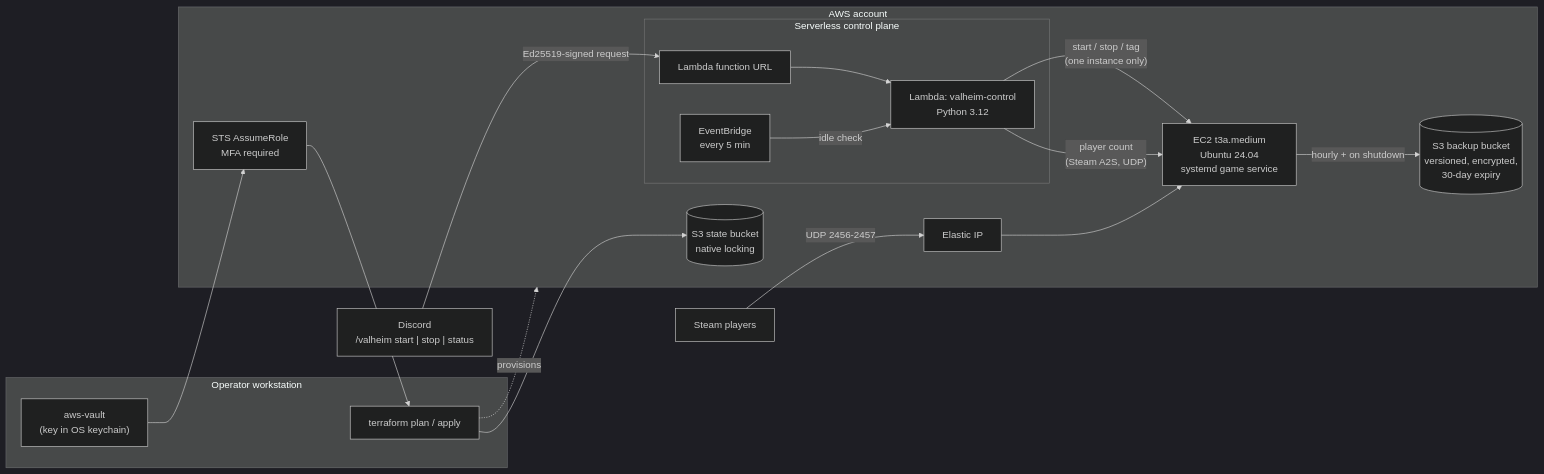
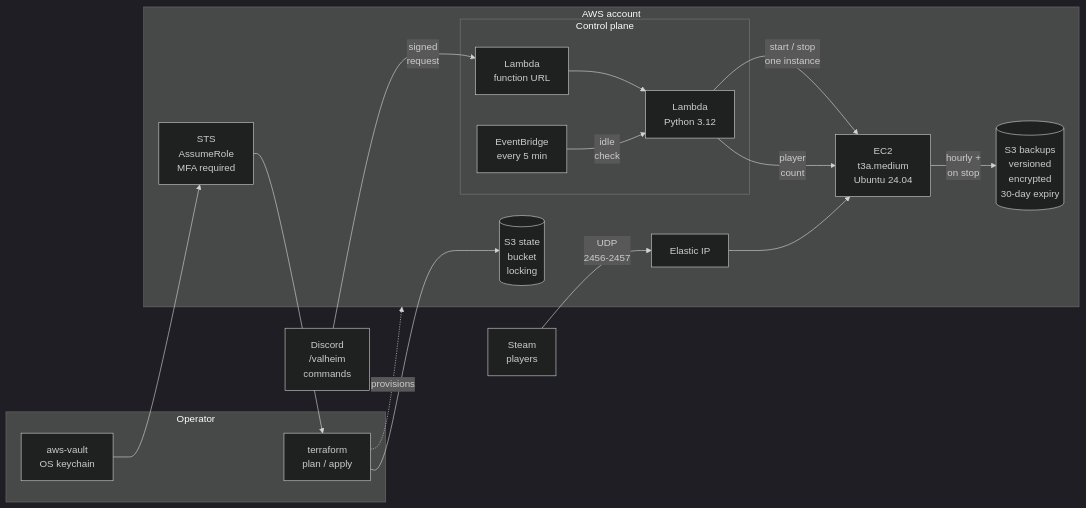
Before and after one commit to dev-seth55/valheim-terraform: the diagram in README.md, drawn with Mermaid (dark theme).

Commit message:
Shorten diagram labels so GitHub renders them fully

````diff
--- a/README.md
+++ b/README.md
@@ -9,33 +9,33 @@
 ```mermaid
 flowchart LR
-    subgraph Operator["Operator workstation"]
-        AV["aws-vault<br/>(key in OS keychain)"]
-        TF["terraform plan / apply"]
+    subgraph Operator["Operator"]
+        AV["aws-vault<br/>OS keychain"]
+        TF["terraform<br/>plan / apply"]
     end
 
     subgraph AWS["AWS account"]
-        STS["STS AssumeRole<br/>MFA required"]
-        STATE[("S3 state bucket<br/>native locking")]
-        subgraph Control["Serverless control plane"]
-            URL["Lambda function URL"]
-            LAMBDA["Lambda: valheim-control<br/>Python 3.12"]
+        STS["STS<br/>AssumeRole<br/>MFA required"]
+        STATE[("S3 state<br/>bucket<br/>locking")]
+        subgraph Control["Control plane"]
+            URL["Lambda<br/>function URL"]
+            LAMBDA["Lambda<br/>Python 3.12"]
             EB["EventBridge<br/>every 5 min"]
         end
-        EC2["EC2 t3a.medium<br/>Ubuntu 24.04<br/>systemd game service"]
+        EC2["EC2<br/>t3a.medium<br/>Ubuntu 24.04"]
         EIP["Elastic IP"]
-        BACKUP[("S3 backup bucket<br/>versioned, encrypted,<br/>30-day expiry")]
+        BACKUP[("S3 backups<br/>versioned<br/>encrypted<br/>30-day expiry")]
     end
 
-    DISCORD["Discord<br/>/valheim start | stop | status"]
-    PLAYERS["Steam players"]
+    DISCORD["Discord<br/>/valheim<br/>commands"]
+    PLAYERS["Steam<br/>players"]
 
     AV --> STS --> TF
     TF --> STATE
     TF -. provisions .-> AWS
-    DISCORD -- "Ed25519-signed request" --> URL --> LAMBDA
-    EB -- "idle check" --> LAMBDA
-    LAMBDA -- "start / stop / tag<br/>(one instance only)" --> EC2
-    LAMBDA -- "player count<br/>(Steam A2S, UDP)" --> EC2
-    PLAYERS -- "UDP 2456-2457" --> EIP --> EC2
-    EC2 -- "hourly + on shutdown" --> BACKUP
+    DISCORD -- "signed<br/>request" --> URL --> LAMBDA
+    EB -- "idle<br/>check" --> LAMBDA
+    LAMBDA -- "start / stop<br/>one instance" --> EC2
+    LAMBDA -- "player<br/>count" --> EC2
+    PLAYERS -- "UDP<br/>2456-2457" --> EIP --> EC2
+    EC2 -- "hourly +<br/>on stop" --> BACKUP
 ```
````
